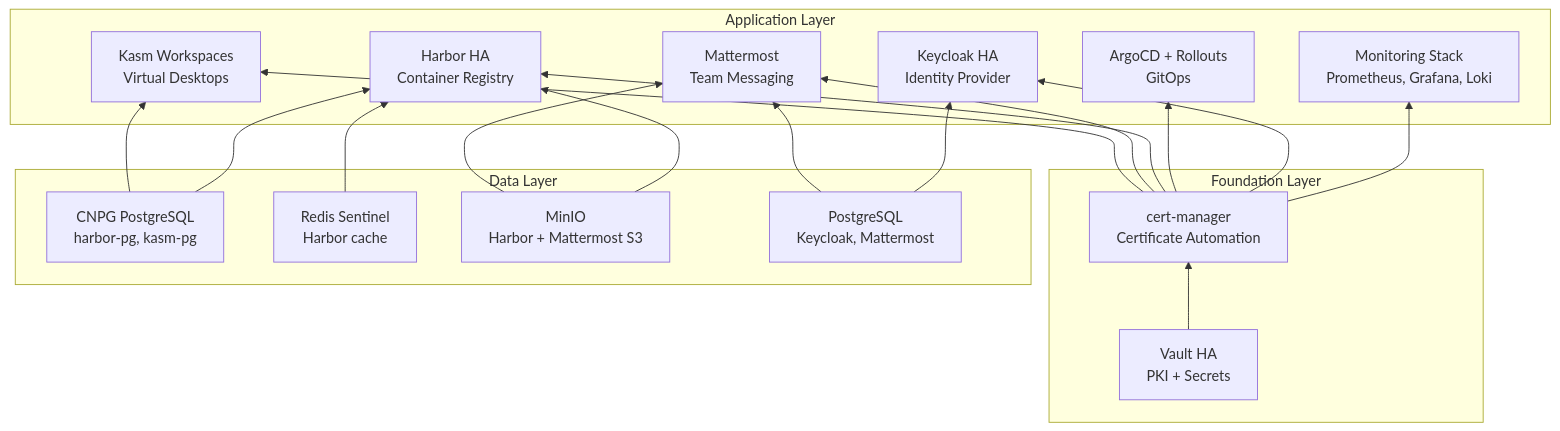
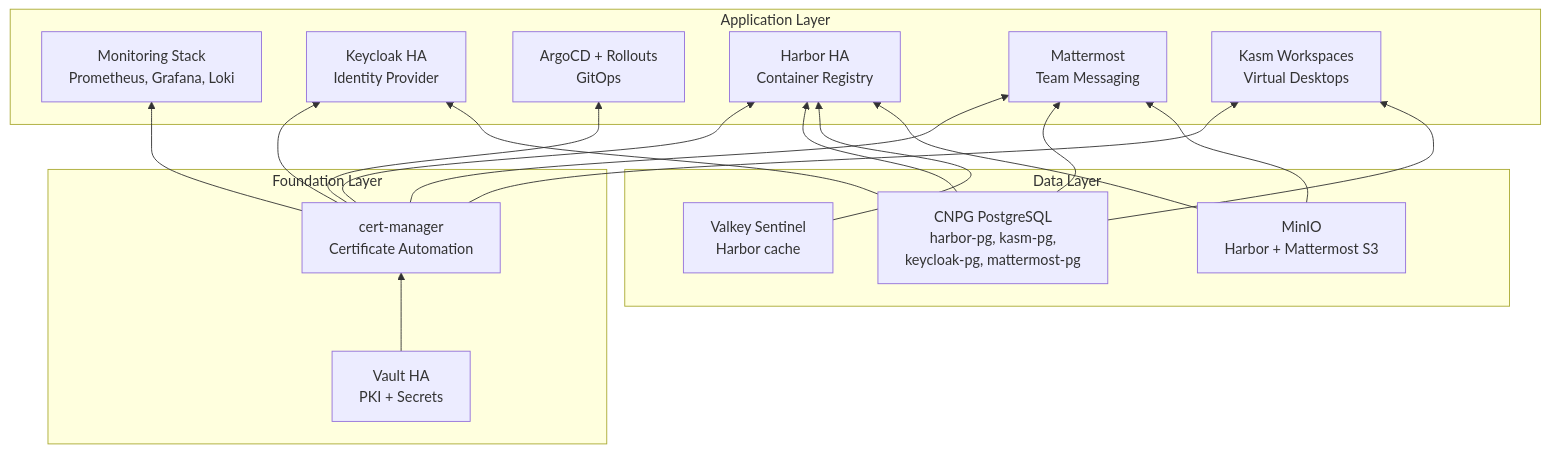
The second of 2 diagrams in README.md (derhornspieler/harvester-rke2-platform), drawn with Mermaid before and after one commit. The commit also changed other lines of this file and 40 other files, not shown here.

````diff
--- a/README.md
+++ b/README.md
@@ -63,39 +63,38 @@
 ```mermaid
 graph BT
     subgraph Foundation["Foundation Layer"]
         Vault["Vault HA<br/>PKI + Secrets"]
         CM["cert-manager<br/>Certificate Automation"]
     end
 
     subgraph Data["Data Layer"]
-        CNPG["CNPG PostgreSQL<br/>harbor-pg, kasm-pg"]
-        Redis["Redis Sentinel<br/>Harbor cache"]
+        CNPG["CNPG PostgreSQL<br/>harbor-pg, kasm-pg,<br/>keycloak-pg, mattermost-pg"]
+        Redis["Valkey Sentinel<br/>Harbor cache"]
         MinIO["MinIO<br/>Harbor + Mattermost S3"]
-        PG["PostgreSQL<br/>Keycloak, Mattermost"]
     end
 
     subgraph Apps["Application Layer"]
         Mon["Monitoring Stack<br/>Prometheus, Grafana, Loki"]
         KC["Keycloak HA<br/>Identity Provider"]
         Argo["ArgoCD + Rollouts<br/>GitOps"]
         Harbor["Harbor HA<br/>Container Registry"]
         MM["Mattermost<br/>Team Messaging"]
         Kasm["Kasm Workspaces<br/>Virtual Desktops"]
     end
 
     Vault --> CM
     CM --> Mon
     CM --> KC
     CM --> Argo
     CM --> Harbor
     CM --> MM
     CM --> Kasm
 
     CNPG --> Harbor
     CNPG --> Kasm
+    CNPG --> KC
+    CNPG --> MM
     Redis --> Harbor
     MinIO --> Harbor
     MinIO --> MM
-    PG --> KC
-    PG --> MM
 ```
````
